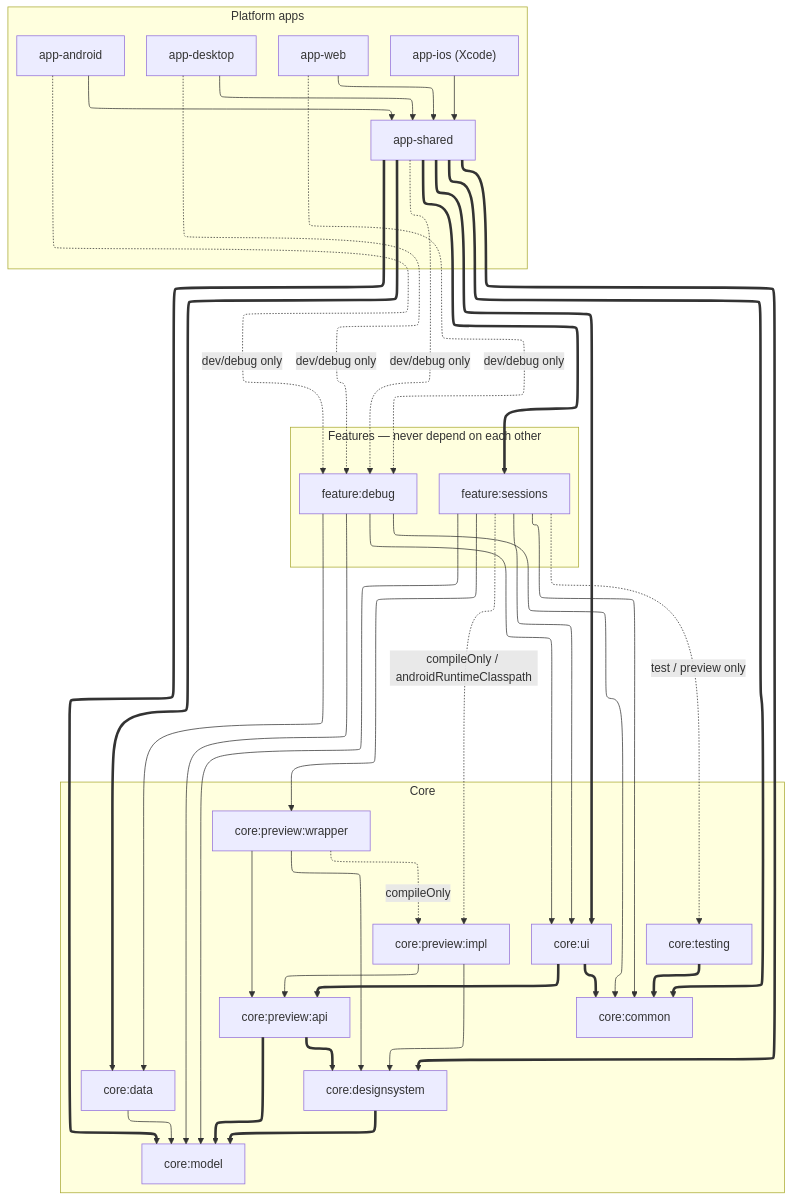
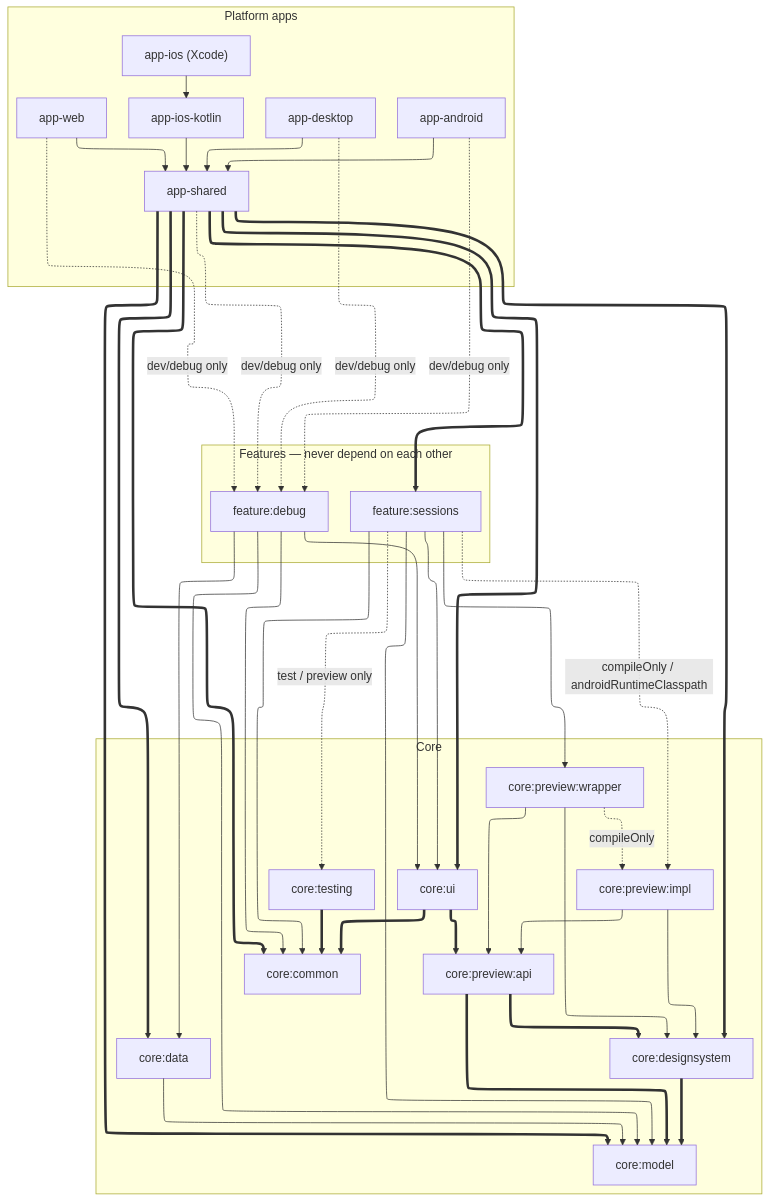
The diagram in docs/project-structure.md (Cjsghkd/conference-app-2026), drawn with Mermaid before and after one commit. The commit also changed other lines of this file and 14 other files, not shown here.

````diff
--- a/docs/project-structure.md
+++ b/docs/project-structure.md
@@ -59,67 +60,69 @@
 ```mermaid
 ---
 config:
   layout: elk
   elk:
     nodePlacementStrategy: NETWORK_SIMPLEX
 ---
 graph TD
   subgraph apps["Platform apps"]
     app_android["app-android"]
     app_desktop["app-desktop"]
     app_ios["app-ios (Xcode)"]
+    app_ios_kotlin["app-ios-kotlin"]
     app_shared["app-shared"]
     app_web["app-web"]
   end
   subgraph features["Features — never depend on each other"]
     feature_debug["feature:debug"]
     feature_sessions["feature:sessions"]
   end
   subgraph core["Core"]
     core_common["core:common"]
     core_data["core:data"]
     core_designsystem["core:designsystem"]
     core_model["core:model"]
     core_preview_api["core:preview:api"]
     core_preview_impl["core:preview:impl"]
     core_preview_wrapper["core:preview:wrapper"]
     core_testing["core:testing"]
     core_ui["core:ui"]
   end
   app_android --> app_shared
   app_android -. "dev/debug only" .-> feature_debug
   app_desktop --> app_shared
   app_desktop -. "dev/debug only" .-> feature_debug
   app_shared ==> core_common
   app_shared ==> core_data
   app_shared ==> core_designsystem
   app_shared ==> core_model
   app_shared ==> core_ui
   app_shared -. "dev/debug only" .-> feature_debug
   app_shared ==> feature_sessions
   app_web --> app_shared
   app_web -. "dev/debug only" .-> feature_debug
   core_data --> core_model
   core_designsystem ==> core_model
   core_preview_api ==> core_designsystem
   core_preview_api ==> core_model
   core_preview_impl --> core_designsystem
   core_preview_impl --> core_preview_api
   core_preview_wrapper --> core_preview_api
   core_preview_wrapper --> core_designsystem
   core_preview_wrapper -. "compileOnly" .-> core_preview_impl
   core_testing ==> core_common
   core_ui ==> core_common
   core_ui ==> core_preview_api
   feature_debug --> core_common
   feature_debug --> core_data
   feature_debug --> core_model
   feature_debug --> core_ui
   feature_sessions --> core_common
   feature_sessions --> core_model
   feature_sessions --> core_preview_wrapper
   feature_sessions -. "compileOnly / androidRuntimeClasspath" .-> core_preview_impl
   feature_sessions -. "test / preview only" .-> core_testing
   feature_sessions --> core_ui
-  app_ios --> app_shared
+  app_ios_kotlin --> app_shared
+  app_ios --> app_ios_kotlin
 ```
````
